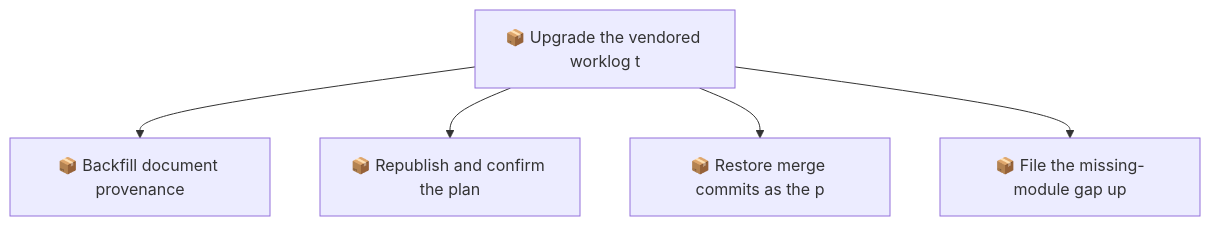
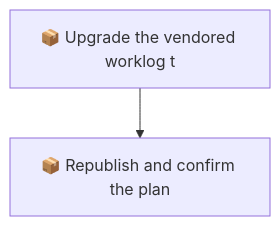
One commit to SpillwaveSolutions/okf-plugin changed the second of 2 diagrams in docs/roadmap.md. Above: the diagram before and after it, drawn with Mermaid. The commit also changed other lines of this file and 23 other files, not shown here.

First line of the commit message:
chore: record the merge-commit rule and backfill document provenance (01KZD823EG6R5E1FXFX416RQ0G)

````diff
--- a/docs/roadmap.md
+++ b/docs/roadmap.md
@@ -64,12 +51,6 @@
 ```mermaid
 graph TD
     01KZD823EG6R5E1FXFX416RQ0G["📦 Upgrade the vendored worklog t"]
-    01KZD823EHAFN2YF6WCG2T7XN8["📦 Backfill document provenance"]
     01KZD823EHGFVX6NSM2ZT057SY["📦 Republish and confirm the plan"]
-    01KZD823EHMRAZH978P0EYQFB1["📦 Restore merge commits as the p"]
-    01KZD823EHXEV8Z72ZCNZA8VZH["📦 File the missing-module gap up"]
-    01KZD823EG6R5E1FXFX416RQ0G --> 01KZD823EHAFN2YF6WCG2T7XN8
     01KZD823EG6R5E1FXFX416RQ0G --> 01KZD823EHGFVX6NSM2ZT057SY
-    01KZD823EG6R5E1FXFX416RQ0G --> 01KZD823EHMRAZH978P0EYQFB1
-    01KZD823EG6R5E1FXFX416RQ0G --> 01KZD823EHXEV8Z72ZCNZA8VZH
 ```
````
